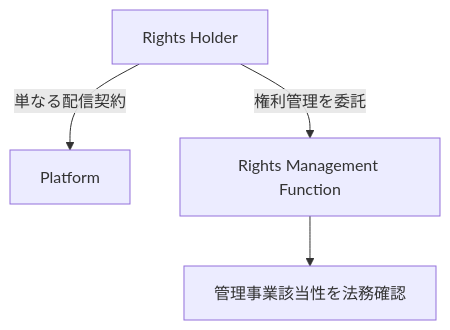
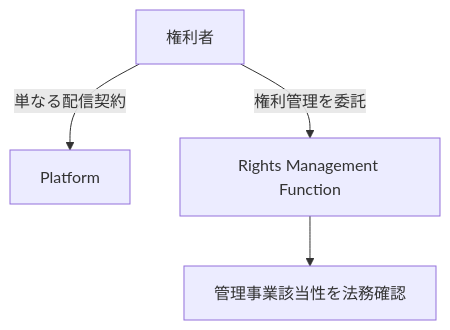
Before and after one commit to ShigeichiroYamasaki/creator-first-platform: the eighth of 45 diagrams in docs/whitepaper/11-legal-sto-tax.md, drawn with Mermaid. The commit also changed other lines of this file and 67 other files, not shown here.

````diff
--- a/docs/whitepaper/11-legal-sto-tax.md
+++ b/docs/whitepaper/11-legal-sto-tax.md
@@ -228,10 +228,10 @@
 ```mermaid
 flowchart TD
-    CREATOR[Rights Holder]
+    CREATOR[権利者]
     PLATFORM[Platform]
 
     CREATOR -->|単なる配信契約| PLATFORM
     CREATOR -->|権利管理を委託| MGMT[Rights Management Function]
 
     MGMT --> REVIEW[管理事業該当性を法務確認]
 ```
````
